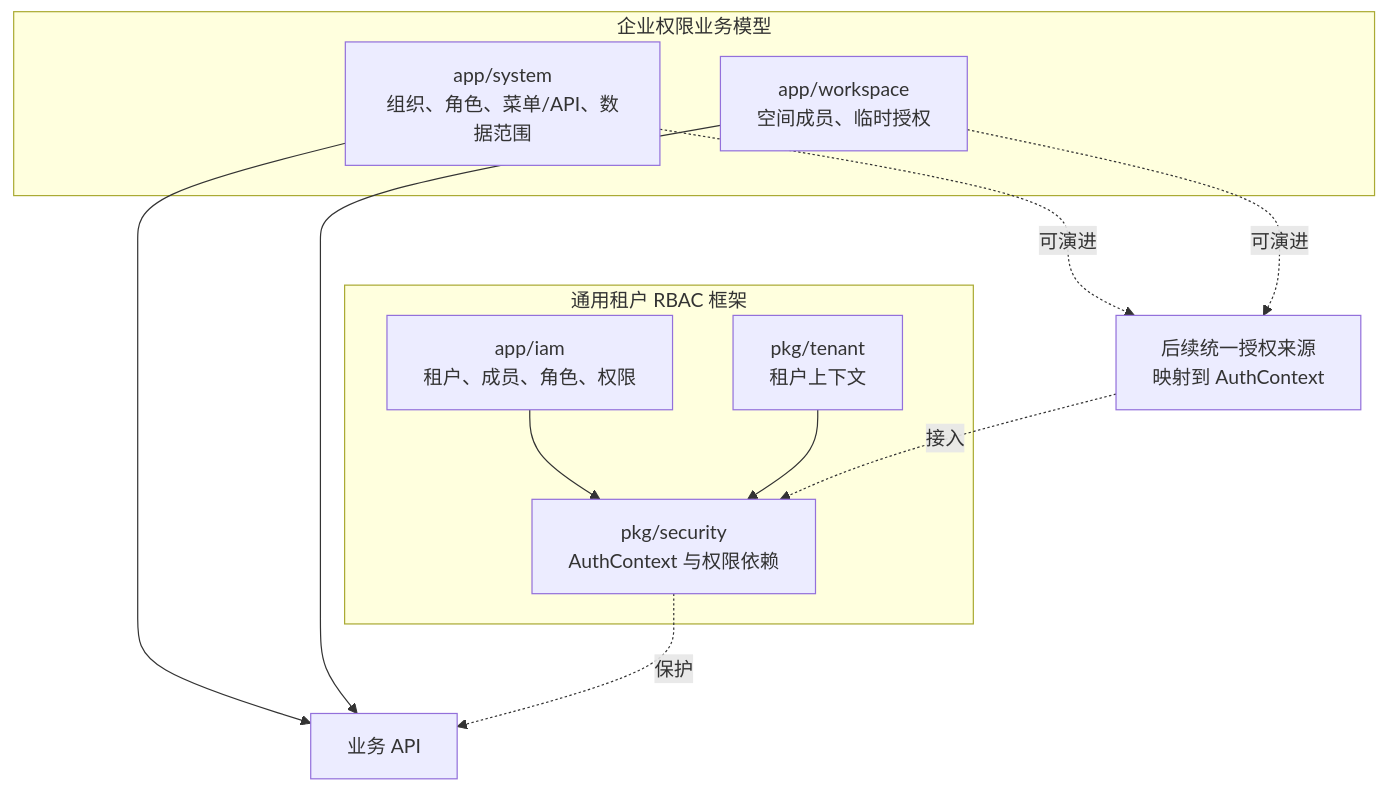
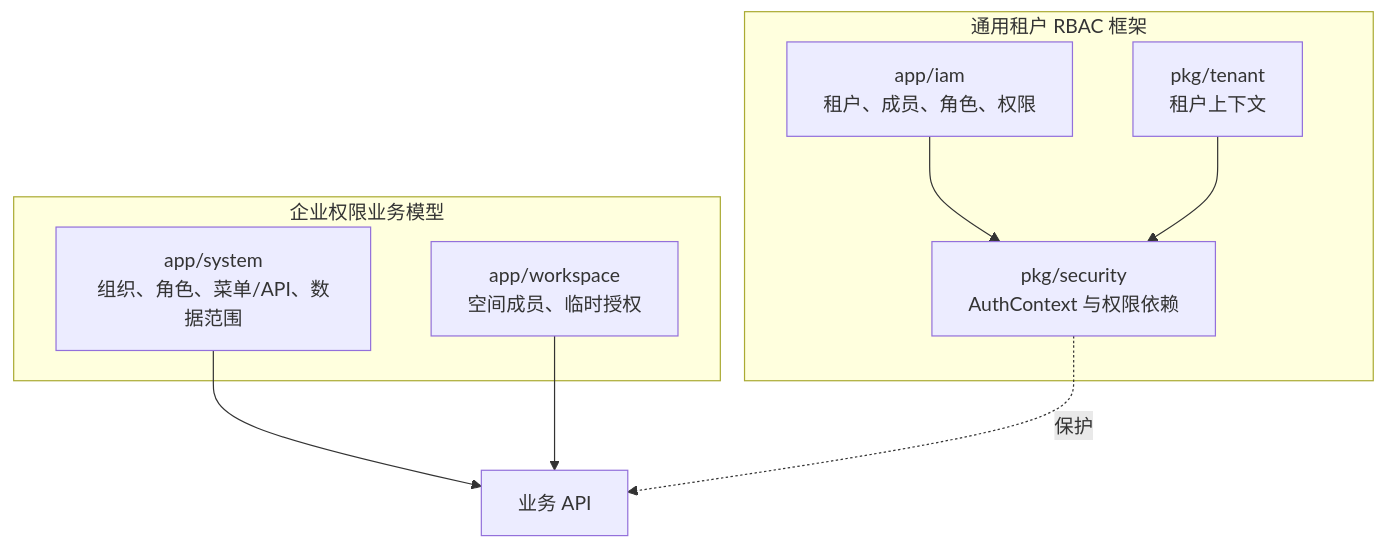
The eighth of 8 diagrams in docs/ARCHITECTURE.md (PZh101/PythonBase), drawn with Mermaid before and after one commit. The commit also changed other lines of this file and 3 other files, not shown here.

````diff
--- a/docs/ARCHITECTURE.md
+++ b/docs/ARCHITECTURE.md
@@ -504,25 +507,21 @@
 ```mermaid
 flowchart TB
     subgraph FrameworkRBAC["通用租户 RBAC 框架"]
         IAM["app/iam<br/>租户、成员、角色、权限"]
         Security["pkg/security<br/>AuthContext 与权限依赖"]
         Tenant["pkg/tenant<br/>租户上下文"]
     end
 
     subgraph BusinessPermission["企业权限业务模型"]
         System["app/system<br/>组织、角色、菜单/API、数据范围"]
         Workspace["app/workspace<br/>空间成员、临时授权"]
     end
 
     API["业务 API"]
-    Future["后续统一授权来源<br/>映射到 AuthContext"]
 
     IAM --> Security
     Tenant --> Security
     System --> API
     Workspace --> API
-    System -. 可演进 .-> Future
-    Workspace -. 可演进 .-> Future
-    Future -. 接入 .-> Security
     Security -. 保护 .-> API
 ```
````
